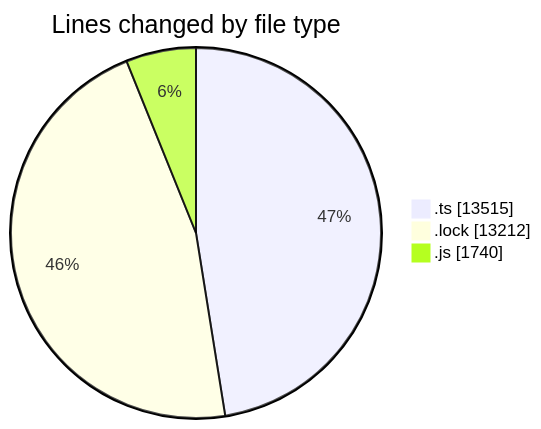
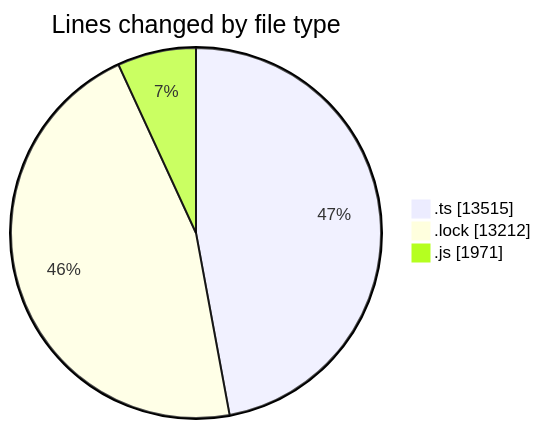
The first of 2 diagrams in 2025-05-16/cda/README.md (momahboobian/code-tracking), drawn with Mermaid before and after one commit. The commit also changed other lines of this file and 1 other file, not shown here.

````diff
--- a/2025-05-16/cda/README.md
+++ b/2025-05-16/cda/README.md
@@ -29,7 +29,7 @@
 ```mermaid
 pie showData
 title Lines changed by file type
 ".ts" : 13515
 ".lock" : 13212
-".js" : 1740
+".js" : 1971
 ```
````
